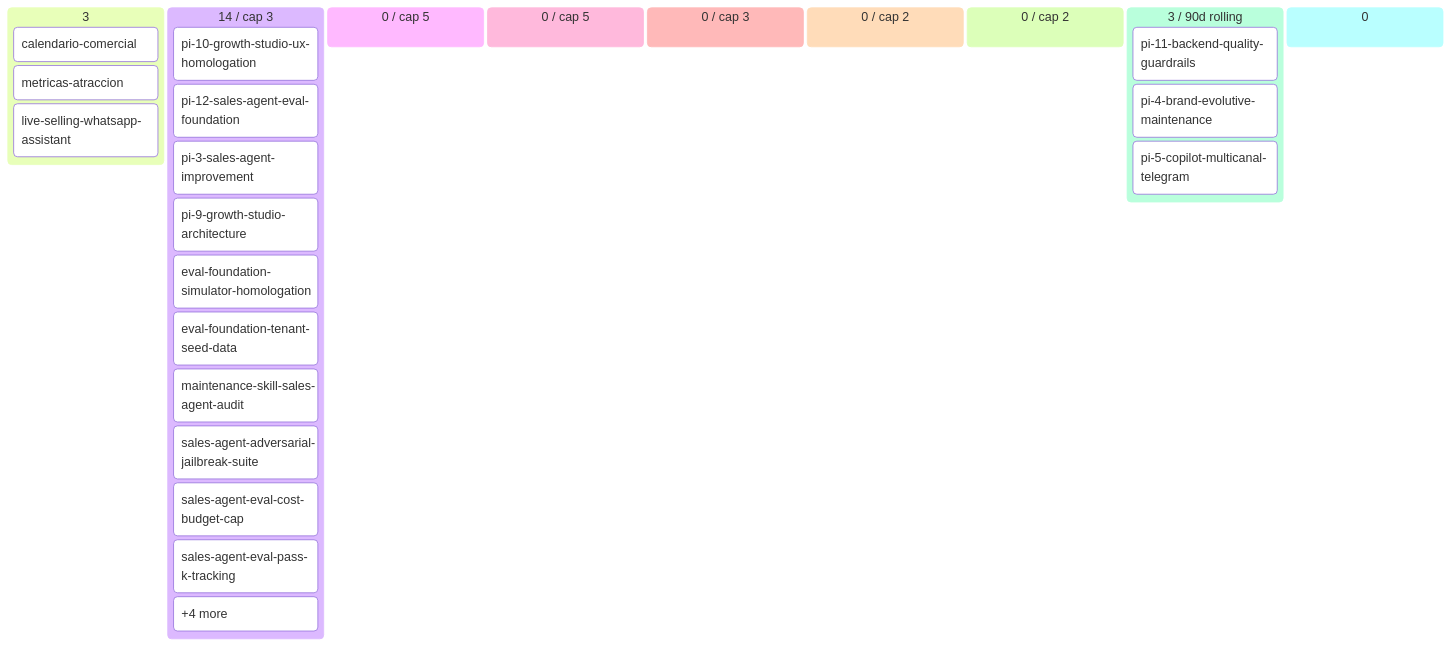
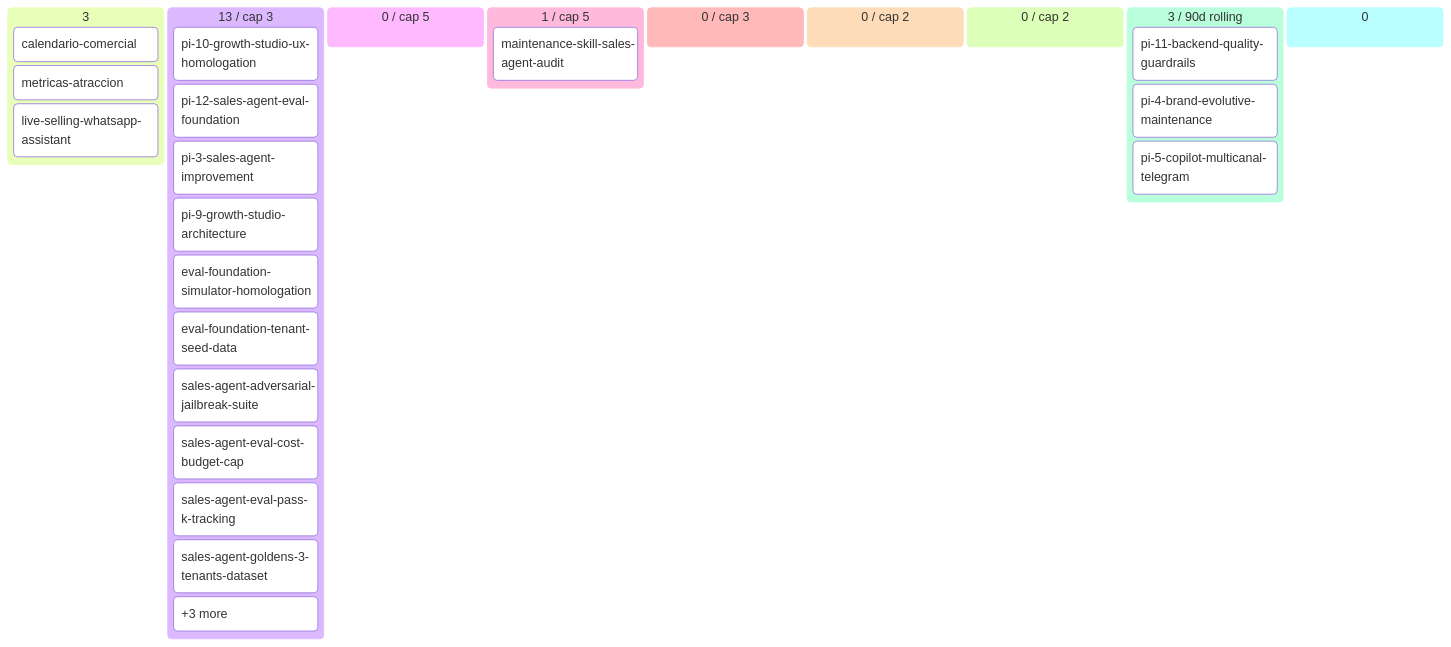
The diagram in docs/product/BACKLOG.md (alpacapurpura/ap_sales_agent), drawn with Mermaid before and after one commit. The commit also changed other lines of this file and 7 other files, not shown here.

````diff
--- a/docs/product/BACKLOG.md
+++ b/docs/product/BACKLOG.md
@@ -56,29 +55,30 @@
 ```mermaid
 kanban
   💡 Ideas (3)
     calendario-comercial[calendario-comercial]
     metricas-atraccion[metricas-atraccion]
     live-selling-whatsapp-assistan[live-selling-whatsapp-assistant]
-  🔬 Refining (14 / cap 3)
+  🔬 Refining (13 / cap 3)
     pi-10-growth-studio-ux-homolog[pi-10-growth-studio-ux-homologation]
     pi-12-sales-agent-eval-foundat[pi-12-sales-agent-eval-foundation]
     pi-3-sales-agent-improvement[pi-3-sales-agent-improvement]
     pi-9-growth-studio-architectur[pi-9-growth-studio-architecture]
     eval-foundation-simulator-homo[eval-foundation-simulator-homologation]
     eval-foundation-tenant-seed-da[eval-foundation-tenant-seed-data]
-    maintenance-skill-sales-agent-[maintenance-skill-sales-agent-audit]
     sales-agent-adversarial-jailbr[sales-agent-adversarial-jailbreak-suite]
     sales-agent-eval-cost-budget-c[sales-agent-eval-cost-budget-cap]
     sales-agent-eval-pass-k-tracki[sales-agent-eval-pass-k-tracking]
-    overflow-🔬 Refining[+4 more]
+    sales-agent-goldens-3-tenants-[sales-agent-goldens-3-tenants-dataset]
+    overflow-🔬 Refining[+3 more]
   ✅ Refined (0 / cap 5)
-  📦 Ready (0 / cap 5)
+  📦 Ready (1 / cap 5)
+    maintenance-skill-sales-agent-[maintenance-skill-sales-agent-audit]
   🔨 Developing (0 / cap 3)
   🧪 Developed (0 / cap 2)
   🔍 Reviewing (0 / cap 2)
   ✅ Done (3 / 90d rolling)
     pi-11-backend-quality-guardrai[pi-11-backend-quality-guardrails]
     pi-4-brand-evolutive-maintenan[pi-4-brand-evolutive-maintenance]
     pi-5-copilot-multicanal-telegr[pi-5-copilot-multicanal-telegram]
   🅿 Parked (0)
 ```
````
